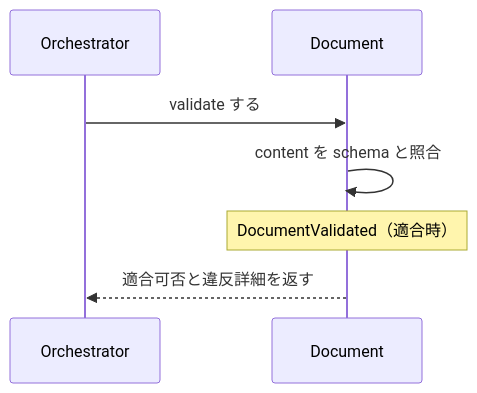
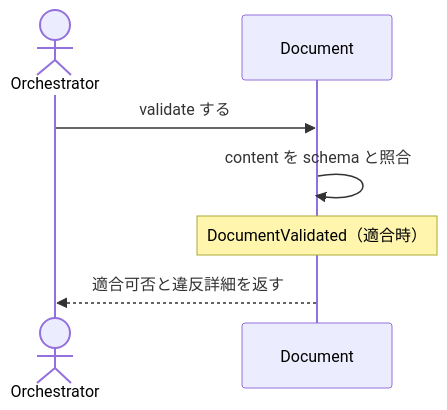
The diagram in .waffle/specs/bc-waffle-engines/subdomain/sd-validation/usecase/uc-validate-document.md (daidaiiro-519/waffle), drawn with Mermaid before and after one commit. The commit also changed other lines of this file and 34 other files, not shown here.

````diff
--- a/.waffle/specs/bc-waffle-engines/subdomain/sd-validation/usecase/uc-validate-document.md
+++ b/.waffle/specs/bc-waffle-engines/subdomain/sd-validation/usecase/uc-validate-document.md
@@ -26,7 +26,8 @@
 ```mermaid
 sequenceDiagram
+    actor Orchestrator
     Orchestrator->>Document: validate する
     Document->>Document: content を schema と照合
     Note over Document: DocumentValidated（適合時）
     Document-->>Orchestrator: 適合可否と違反詳細を返す
 ```
````
